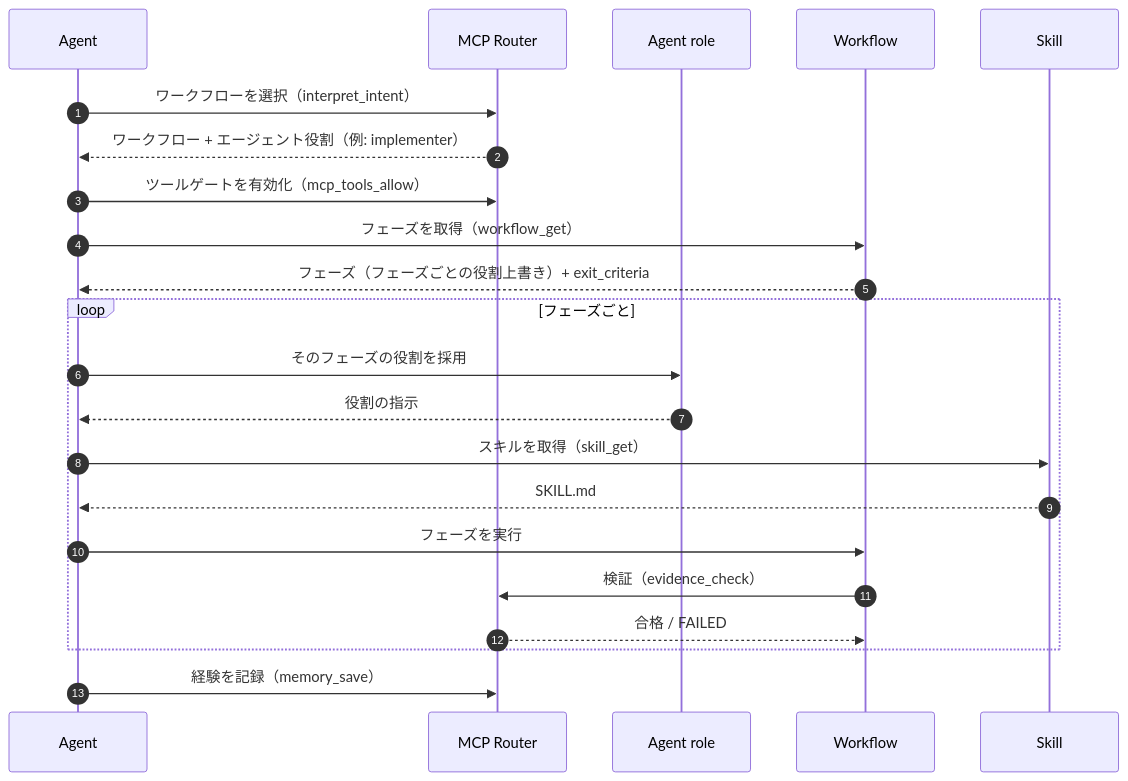
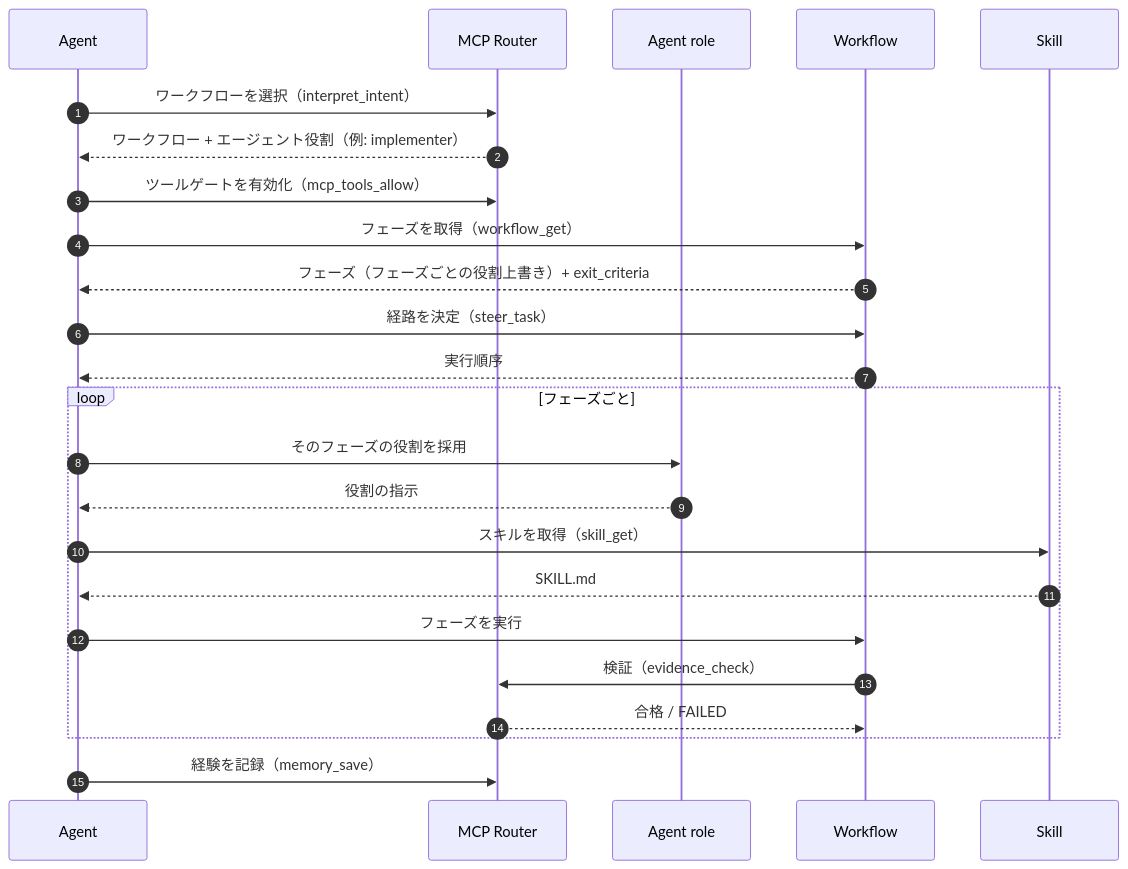
The diagram in README.ja.md (parkwoo/wawoo-agent-skills), drawn with Mermaid before and after one commit. The commit also changed 3 other files, not shown here.

Commit message:
docs: restore the dynamic-path step (steer_task) in the sequence diagram

````diff
--- a/README.ja.md
+++ b/README.ja.md
@@ -63,24 +63,26 @@
 ```mermaid
 sequenceDiagram
     autonumber
     participant A as Agent
     participant R as MCP Router
     participant G as Agent role
     participant W as Workflow
     participant S as Skill
     A->>R: ワークフローを選択（interpret_intent）
     R-->>A: ワークフロー + エージェント役割（例: implementer）
     A->>R: ツールゲートを有効化（mcp_tools_allow）
     A->>W: フェーズを取得（workflow_get）
     W-->>A: フェーズ（フェーズごとの役割上書き）+ exit_criteria
+    A->>W: 経路を決定（steer_task）
+    W-->>A: 実行順序
     loop フェーズごと
         A->>G: そのフェーズの役割を採用
         G-->>A: 役割の指示
         A->>S: スキルを取得（skill_get）
         S-->>A: SKILL.md
         A->>W: フェーズを実行
         W->>R: 検証（evidence_check）
         R-->>W: 合格 / FAILED
     end
     A->>R: 経験を記録（memory_save）
 ```
````
